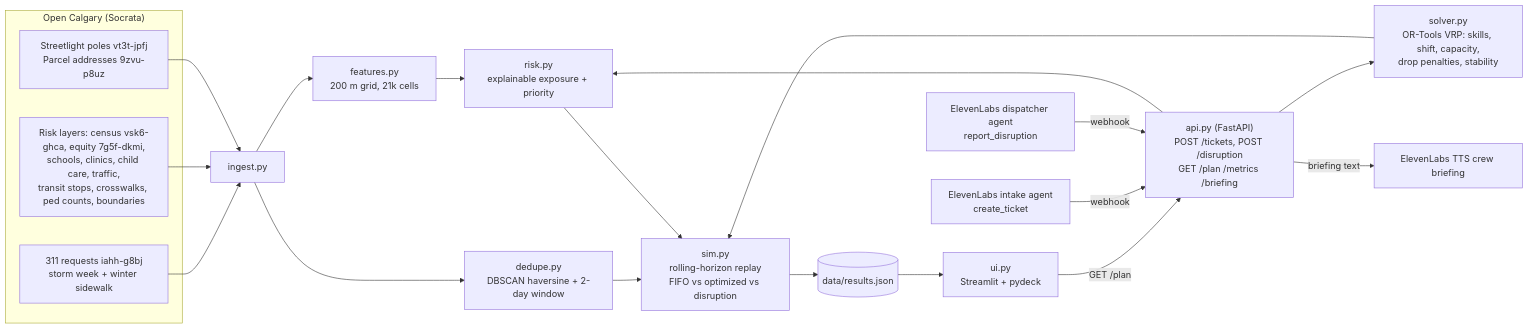
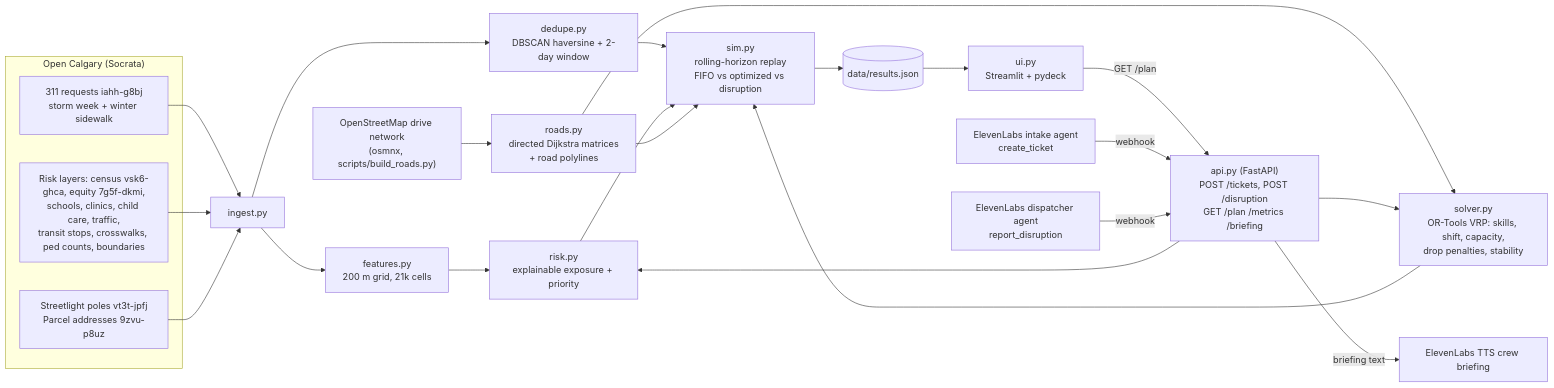
Before and after one commit to rizbikit1781/industry-hackathon-lab: the diagram in README.md, drawn with Mermaid. The commit also changed other lines of this file and 11 other files, not shown here.

First line of the commit message:
Route on the real Calgary road network (OSM) instead of haversine x 1.3

````diff
--- a/README.md
+++ b/README.md
@@ -13,25 +13,28 @@
 ```mermaid
 flowchart LR
   subgraph OpenCalgary["Open Calgary (Socrata)"]
     T311["311 requests iahh-g8bj<br/>storm week + winter sidewalk"]
     L["Risk layers: census vsk6-ghca, equity 7g5f-dkmi,<br/>schools, clinics, child care, traffic,<br/>transit stops, crosswalks, ped counts, boundaries"]
     P["Streetlight poles vt3t-jpfj<br/>Parcel addresses 9zvu-p8uz"]
   end
   T311 --> ING[ingest.py]
   L --> ING
   P --> ING
   ING --> FEAT["features.py<br/>200 m grid, 21k cells"]
   ING --> DED["dedupe.py<br/>DBSCAN haversine + 2-day window"]
   FEAT --> RISK["risk.py<br/>explainable exposure + priority"]
   DED --> SIM
   RISK --> SIM["sim.py<br/>rolling-horizon replay<br/>FIFO vs optimized vs disruption"]
+  OSM["OpenStreetMap drive network<br/>(osmnx, scripts/build_roads.py)"] --> ROADS["roads.py<br/>directed Dijkstra matrices<br/>+ road polylines"]
+  ROADS --> SOLV
+  ROADS --> SIM
   SOLV["solver.py<br/>OR-Tools VRP: skills, shift, capacity,<br/>drop penalties, stability"] --> SIM
   SIM --> RES[(data/results.json)]
   RES --> UI["ui.py<br/>Streamlit + pydeck"]
   API["api.py (FastAPI)<br/>POST /tickets, POST /disruption<br/>GET /plan /metrics /briefing"] --> SOLV
   API --> RISK
   UI -- GET /plan --> API
   EL1["ElevenLabs intake agent<br/>create_ticket"] -- webhook --> API
   EL2["ElevenLabs dispatcher agent<br/>report_disruption"] -- webhook --> API
   API -- briefing text --> TTS["ElevenLabs TTS crew briefing"]
 ```
````
